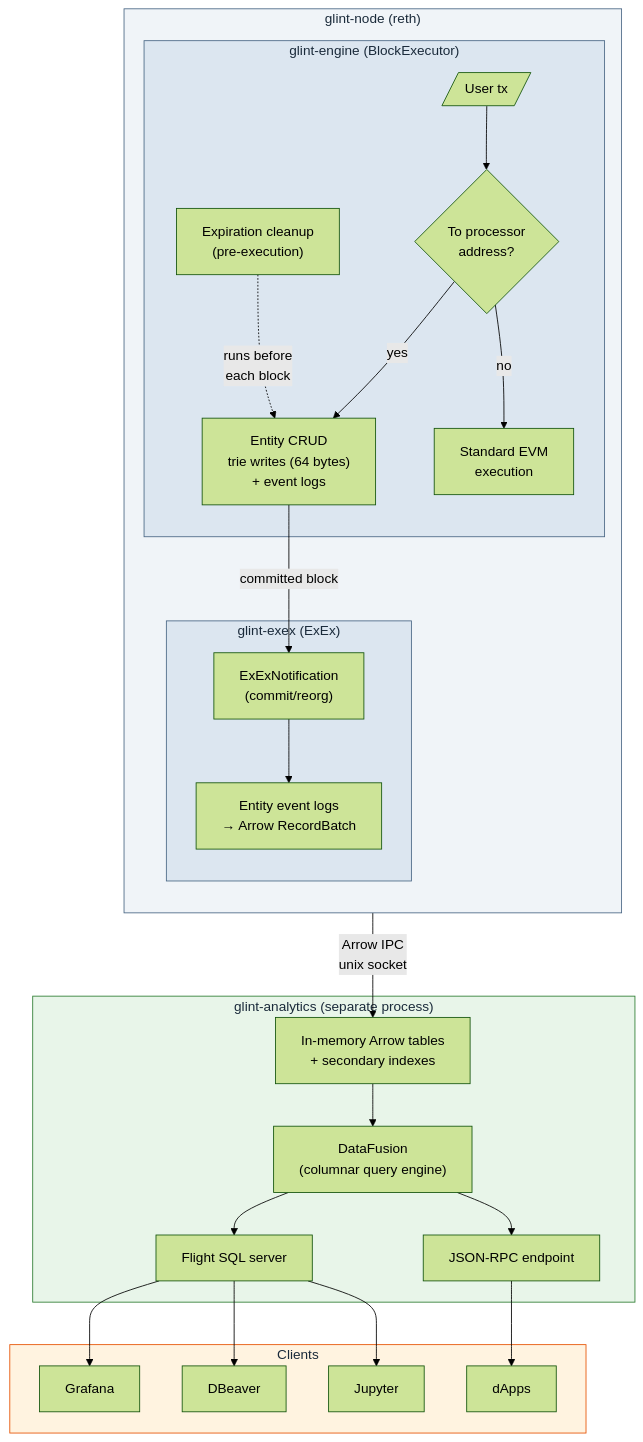
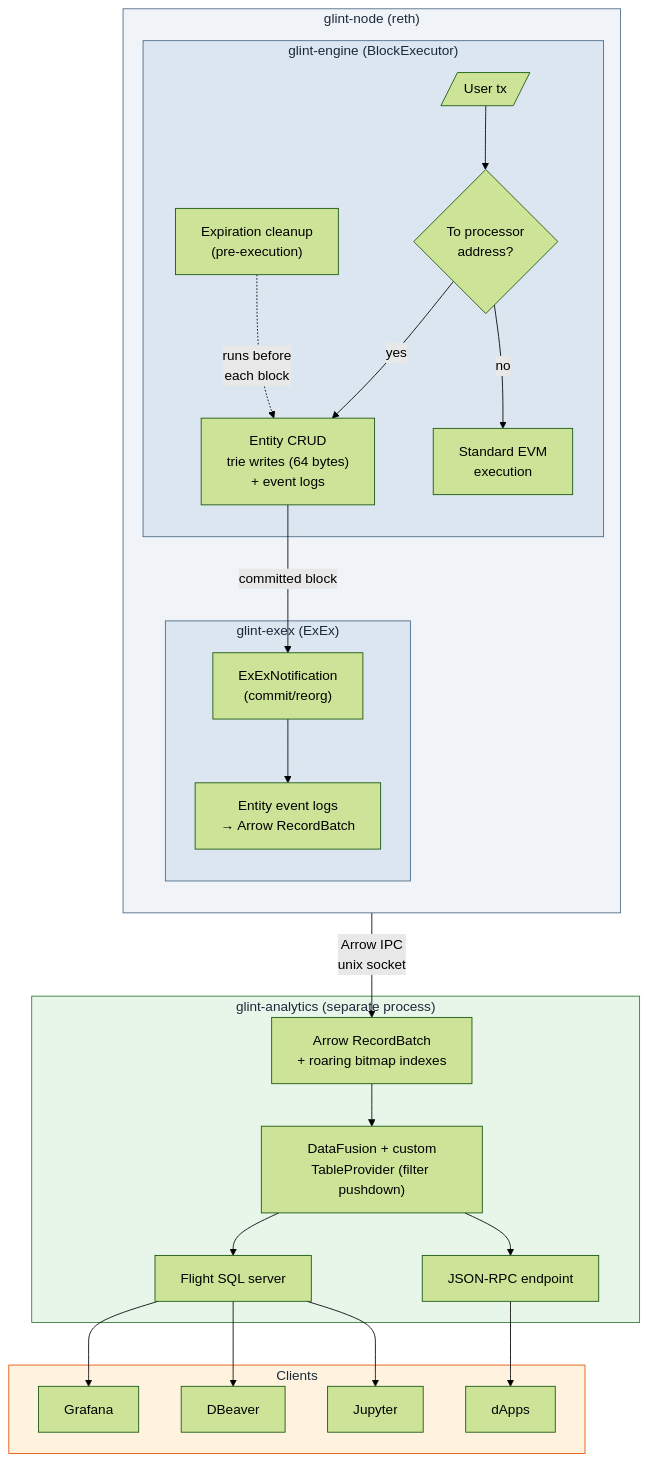
Before and after one commit to vaporif/mote: the diagram in README.md, drawn with Mermaid (forest theme). The commit also changed other lines of this file and 6 other files, not shown here.

````diff
--- a/README.md
+++ b/README.md
@@ -38,57 +38,57 @@
 ```mermaid
 graph TB
     subgraph node["glint-node (reth)"]
         direction TB
 
         subgraph engine["glint-engine (BlockExecutor)"]
             tx_in[/"User tx"/]
             check{To processor<br/>address?}
             crud["Entity CRUD<br/>trie writes (64 bytes)<br/>+ event logs"]
             evm["Standard EVM<br/>execution"]
             expire["Expiration cleanup<br/>(pre-execution)"]
 
             tx_in --> check
             check -->|yes| crud
             check -->|no| evm
             expire -.->|runs before<br/>each block| crud
         end
 
         subgraph exex["glint-exex (ExEx)"]
             notify["ExExNotification<br/>(commit/reorg)"]
             arrow["Entity event logs<br/>→ Arrow RecordBatch"]
             notify --> arrow
         end
 
         crud -->|committed block| notify
     end
 
     subgraph analytics["glint-analytics (separate process)"]
-        store["In-memory Arrow tables<br/>+ secondary indexes"]
-        df["DataFusion<br/>(columnar query engine)"]
+        store["Arrow RecordBatch<br/>+ roaring bitmap indexes"]
+        df["DataFusion + custom<br/>TableProvider (filter pushdown)"]
         flight["Flight SQL server"]
         rpc["JSON-RPC endpoint"]
         store --> df
         df --> flight
         df --> rpc
     end
 
     arrow -->|Arrow IPC<br/>unix socket| store
 
     subgraph clients["Clients"]
         grafana["Grafana"]
         dbeaver["DBeaver"]
         jupyter["Jupyter"]
         app["dApps"]
     end
 
     flight --> grafana
     flight --> dbeaver
     flight --> jupyter
     rpc --> app
 
     style node fill:#f0f4f8,stroke:#4a6785,color:#1a2a3a
     style engine fill:#dce6f0,stroke:#4a6785,color:#1a2a3a
     style exex fill:#dce6f0,stroke:#4a6785,color:#1a2a3a
     style analytics fill:#e8f5e9,stroke:#2e7d32,color:#1a2a3a
     style clients fill:#fff3e0,stroke:#e65100,color:#1a2a3a
 ```
````
